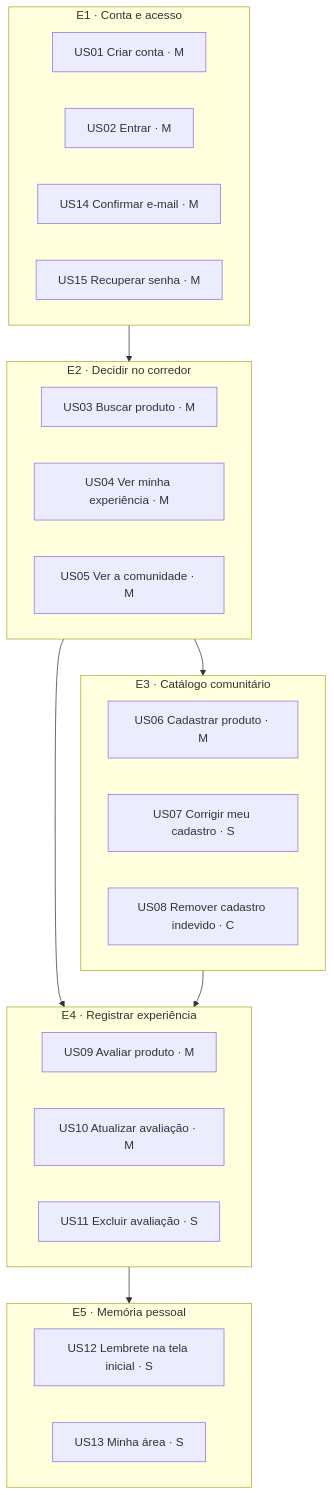
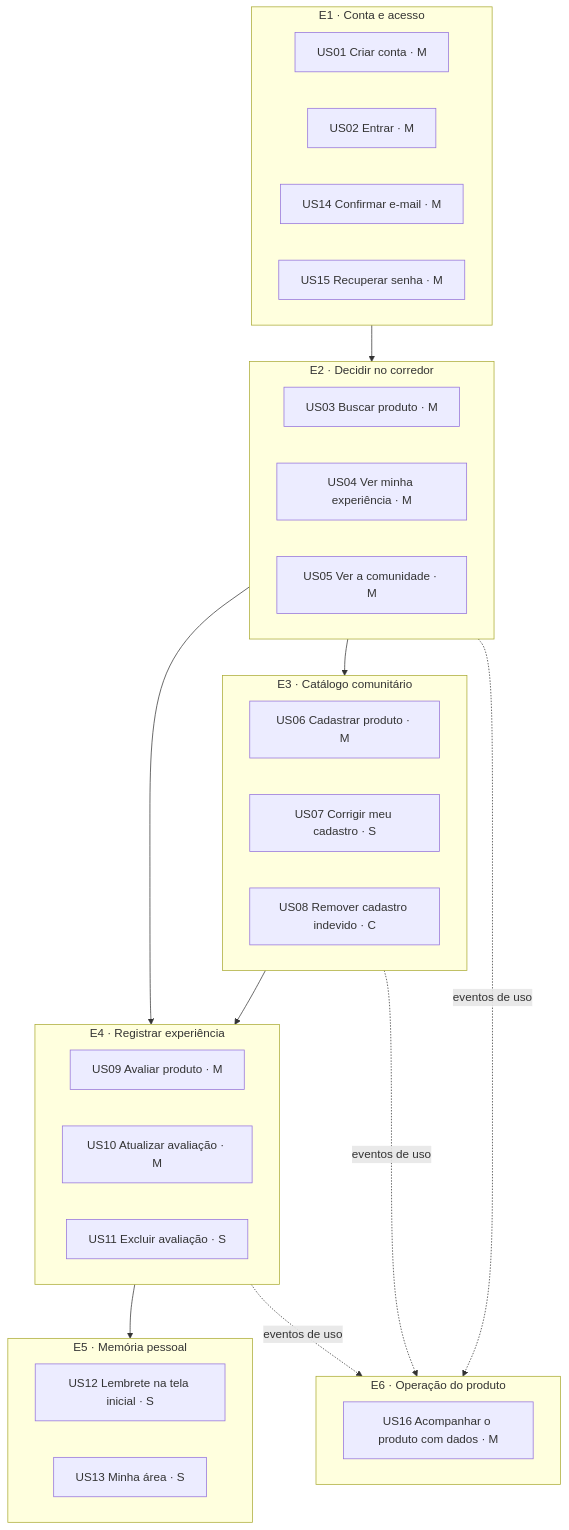
Before and after one commit to vsys-val/fastapi-merchant-app: the diagram in docs/historias-usuario.md, drawn with Mermaid. The commit also changed other lines of this file and 15 other files, not shown here.

First line of the commit message:
docs: painel administrativo, eventos de uso e métricas técnicas

````diff
--- a/docs/historias-usuario.md
+++ b/docs/historias-usuario.md
@@ -9,30 +9,34 @@
 ```mermaid
 flowchart TB
   subgraph E1[E1 · Conta e acesso]
     US01[US01 Criar conta · M]
     US02[US02 Entrar · M]
     US14[US14 Confirmar e-mail · M]
     US15[US15 Recuperar senha · M]
   end
   subgraph E2[E2 · Decidir no corredor]
     US03[US03 Buscar produto · M]
     US04[US04 Ver minha experiência · M]
     US05[US05 Ver a comunidade · M]
   end
   subgraph E3[E3 · Catálogo comunitário]
     US06[US06 Cadastrar produto · M]
     US07[US07 Corrigir meu cadastro · S]
     US08[US08 Remover cadastro indevido · C]
   end
   subgraph E4[E4 · Registrar experiência]
     US09[US09 Avaliar produto · M]
     US10[US10 Atualizar avaliação · M]
     US11[US11 Excluir avaliação · S]
   end
   subgraph E5[E5 · Memória pessoal]
     US12[US12 Lembrete na tela inicial · S]
     US13[US13 Minha área · S]
   end
+  subgraph E6[E6 · Operação do produto]
+    US16[US16 Acompanhar o produto com dados · M]
+  end
   E1 --> E2 --> E4 --> E5
   E2 --> E3 --> E4
+  E2 & E3 & E4 -. eventos de uso .-> E6
 ```
````
